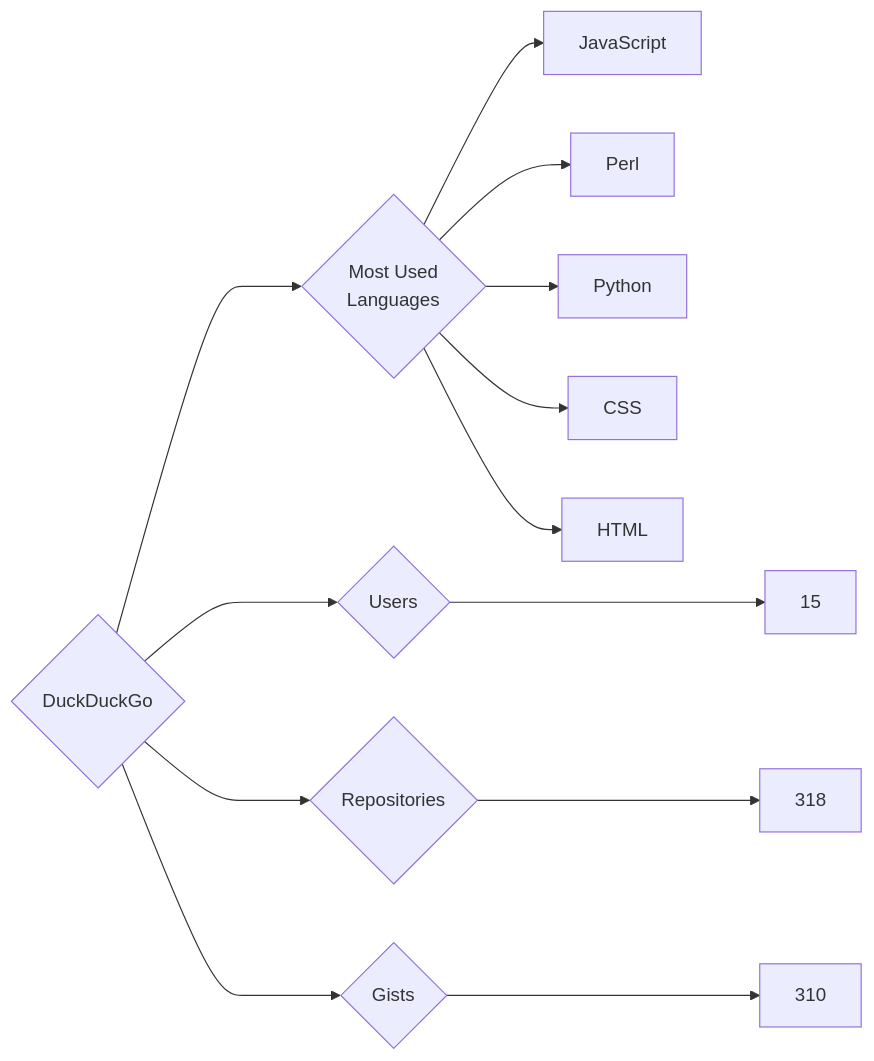
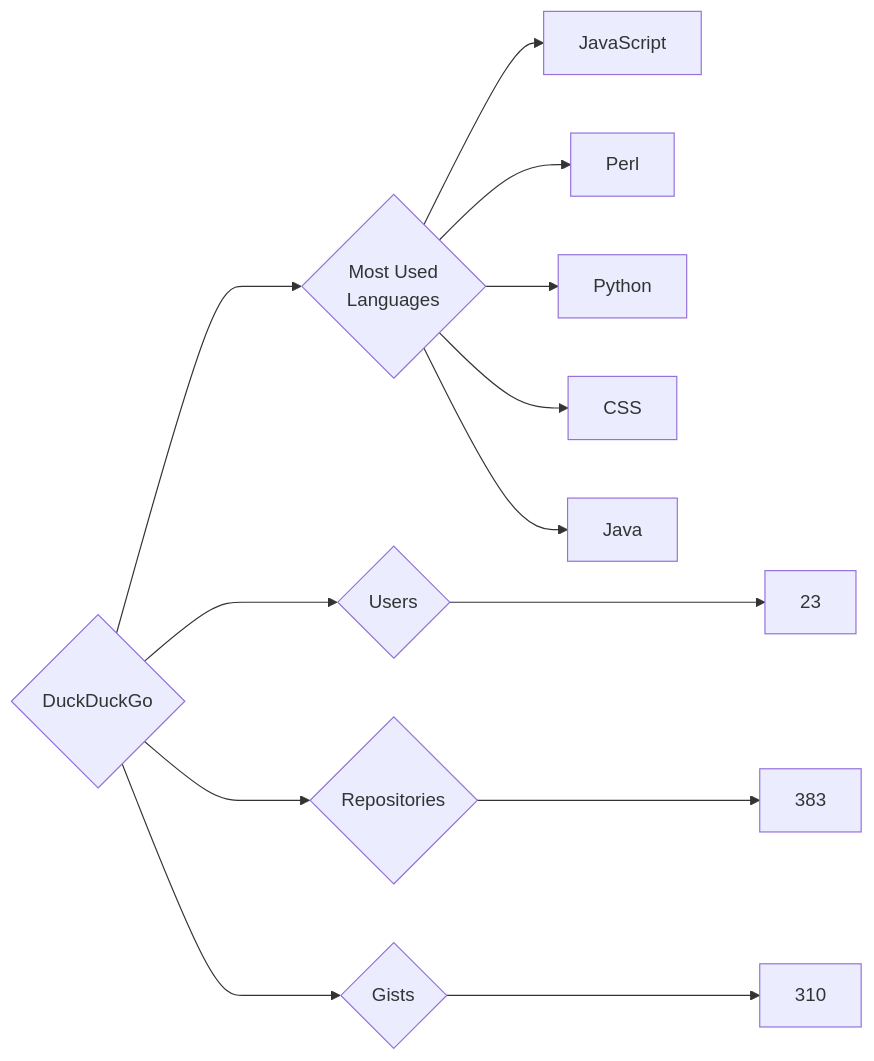
Before and after one commit to trickest/insiders: the diagram in targets/DuckDuckGo/README.md, drawn with Mermaid. The commit also changed 874 other files, not shown here.

````diff
--- a/targets/DuckDuckGo/README.md
+++ b/targets/DuckDuckGo/README.md
@@ -3,13 +3,13 @@
 ```mermaid
 graph LR
 COMPANY_NAME{DuckDuckGo}
-COMPANY_NAME ---> U{Users} ---> UN[15]
-COMPANY_NAME ---> R{Repositories} ---> RN[318]
+COMPANY_NAME ---> U{Users} ---> UN[23]
+COMPANY_NAME ---> R{Repositories} ---> RN[383]
 COMPANY_NAME ---> G{Gists} ---> GN[310]
 COMPANY_NAME ---> ML{Most Used<br>Languages}
 ML --> JavaScript[JavaScript]
 ML --> Perl[Perl]
 ML --> Python[Python]
 ML --> CSS[CSS]
-ML --> HTML[HTML]
+ML --> Java[Java]
 ```
````
